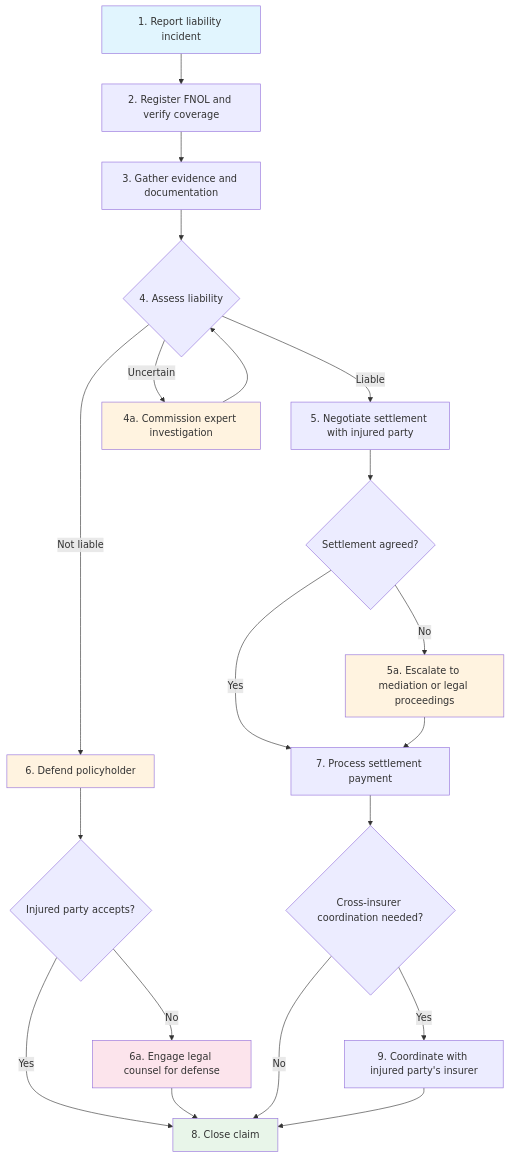
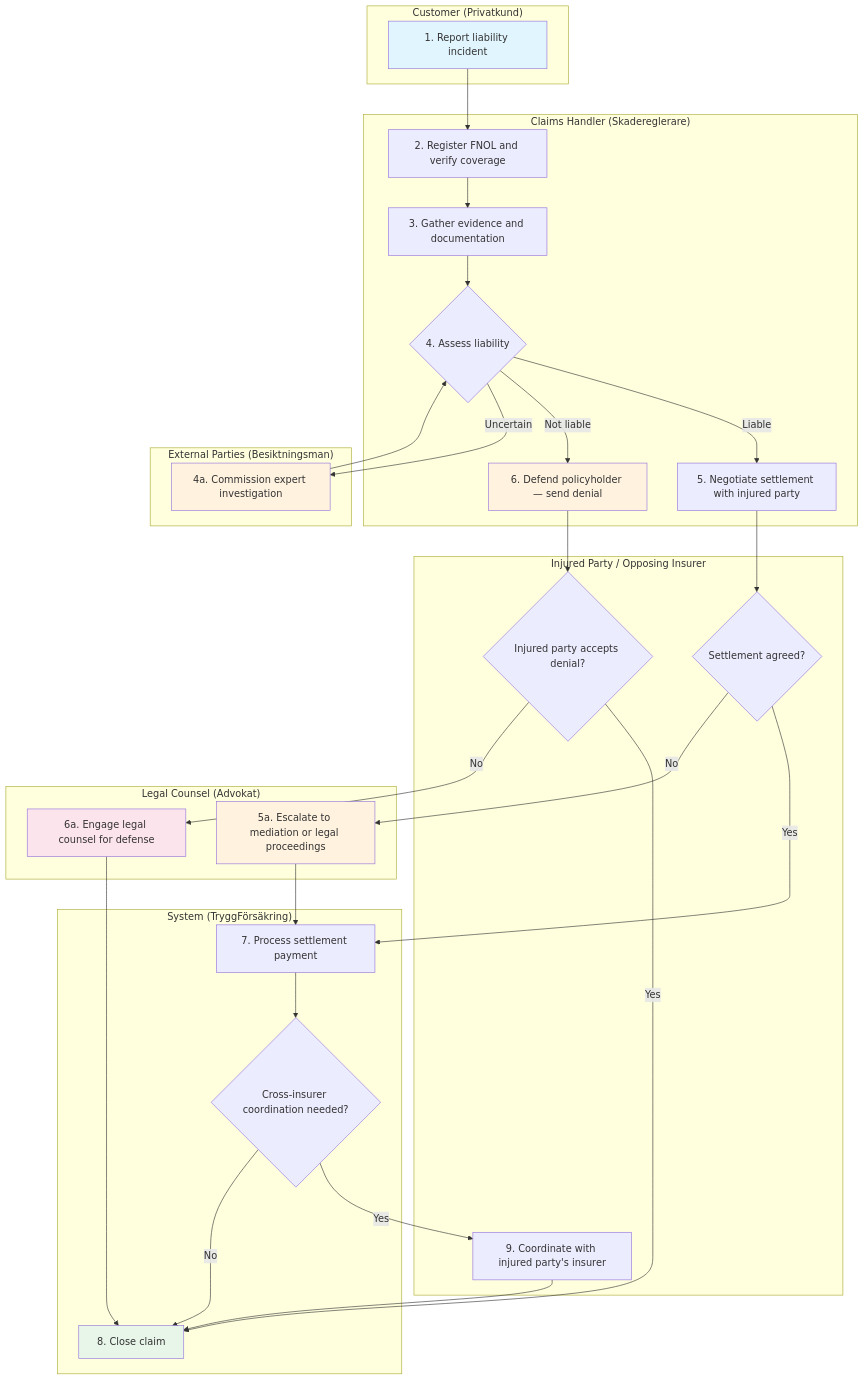
The first of 2 diagrams in docs/phase-2-home-property/use-cases/uc-liability-claim-lifecycle.md (Agentic-software-factory/insurance-platform-requirements), drawn with Mermaid before and after one commit. The commit also changed 9 other files, not shown here.

First line of the commit message:
docs(#122): Upgrade flowcharts to swimlane format for Phase 2 Home & Property use cases (#132)

````diff
--- a/docs/phase-2-home-property/use-cases/uc-liability-claim-lifecycle.md
+++ b/docs/phase-2-home-property/use-cases/uc-liability-claim-lifecycle.md
@@ -53,29 +53,62 @@
 ```mermaid
 flowchart TD
-    A[1. Report liability incident] --> B[2. Register FNOL and verify coverage]
-    B --> C[3. Gather evidence and documentation]
-    C --> D{4. Assess liability}
-    D -->|Liable| E[5. Negotiate settlement with injured party]
-    D -->|Not liable| F[6. Defend policyholder]
-    D -->|Uncertain| G[4a. Commission expert investigation]
+    subgraph Customer ["Customer (Privatkund)"]
+        A[1. Report liability incident]
+    end
+
+    subgraph ClaimsHandler ["Claims Handler (Skadereglerare)"]
+        B[2. Register FNOL and verify coverage]
+        C[3. Gather evidence and documentation]
+        D{4. Assess liability}
+        E[5. Negotiate settlement with injured party]
+        F[6. Defend policyholder — send denial]
+    end
+
+    subgraph External ["External Parties (Besiktningsman)"]
+        G[4a. Commission expert investigation]
+    end
+
+    subgraph InjuredParty ["Injured Party / Opposing Insurer"]
+        H{Settlement agreed?}
+        K{Injured party accepts denial?}
+        O[9. Coordinate with injured party's insurer]
+    end
+
+    subgraph Legal ["Legal Counsel (Advokat)"]
+        J[5a. Escalate to mediation or legal proceedings]
+        M[6a. Engage legal counsel for defense]
+    end
+
+    subgraph System ["System (TryggFörsäkring)"]
+        I[7. Process settlement payment]
+        N{Cross-insurer coordination needed?}
+        L[8. Close claim]
+    end
+
+    A --> B
+    B --> C
+    C --> D
+    D -->|Liable| E
+    D -->|Not liable| F
+    D -->|Uncertain| G
     G --> D
-    E --> H{Settlement agreed?}
-    H -->|Yes| I[7. Process settlement payment]
-    H -->|No| J[5a. Escalate to mediation or legal proceedings]
+    E --> H
+    H -->|Yes| I
+    H -->|No| J
     J --> I
-    F --> K{Injured party accepts?}
-    K -->|Yes| L[8. Close claim]
-    K -->|No| M[6a. Engage legal counsel for defense]
+    F --> K
+    K -->|Yes| L
+    K -->|No| M
     M --> L
-    I --> N{Cross-insurer coordination needed?}
-    N -->|Yes| O[9. Coordinate with injured party's insurer]
+    I --> N
+    N -->|Yes| O
     N -->|No| L
     O --> L
 
     style A fill:#e1f5fe
     style L fill:#e8f5e9
     style F fill:#fff3e0
     style G fill:#fff3e0
     style J fill:#fff3e0
     style M fill:#fce4ec
 ```
````
